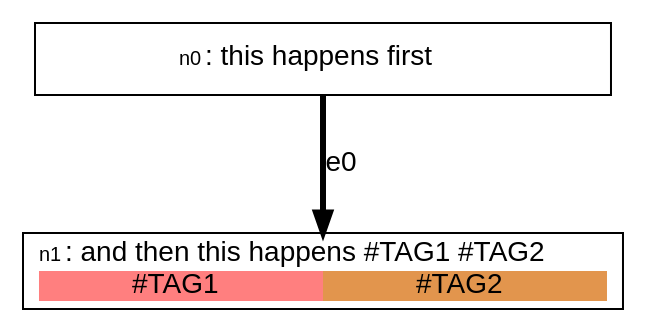
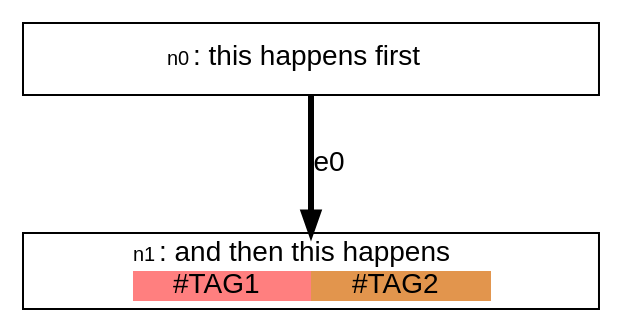
The diagram in examples/readme_example_1.dot (stevecooperorg/microdot), drawn with Graphviz before and after one commit. The commit also changed 4 other files, not shown here.

```diff
--- a/examples/readme_example_1.dot
+++ b/examples/readme_example_1.dot
@@ -1,32 +1,32 @@
 digraph {
 
     graph [fontname = "helvetica" rankdir="TB" ranksep=0.75 nodesep=0.5];
     node [fontname = "helvetica" shape = "box" width=4 style=filled];
     edge [fontname = "helvetica" penwidth=3 color="#000000"];
 
     n0 [label=< <TABLE BORDER="0" CELLPADDING="0" CELLSPACING="0">
     <TR>
         <TD COLSPAN="1"><FONT POINT-SIZE="10">n0</FONT>: this happens first</TD>
     </TR>
     
    </TABLE>
 > fillcolor="#FFFFFF"]
     n1 [label=< <TABLE BORDER="0" CELLPADDING="0" CELLSPACING="0">
     <TR>
-        <TD COLSPAN="2"><FONT POINT-SIZE="10">n1</FONT>: and then this happens #TAG1 #TAG2</TD>
+        <TD COLSPAN="2"><FONT POINT-SIZE="10">n1</FONT>: and then this happens</TD>
     </TR>
     
     <TR>
         
             <TD BGCOLOR="#FF7F7F"><FONT COLOR="#000000">#TAG1</FONT></TD>
         
             <TD BGCOLOR="#E2954D"><FONT COLOR="#000000">#TAG2</FONT></TD>
         
     </TR>
     
    </TABLE>
 > fillcolor="#FFFFFF"]
 
     "n0" -> "n1" [label="e0"];
 
 }
```
